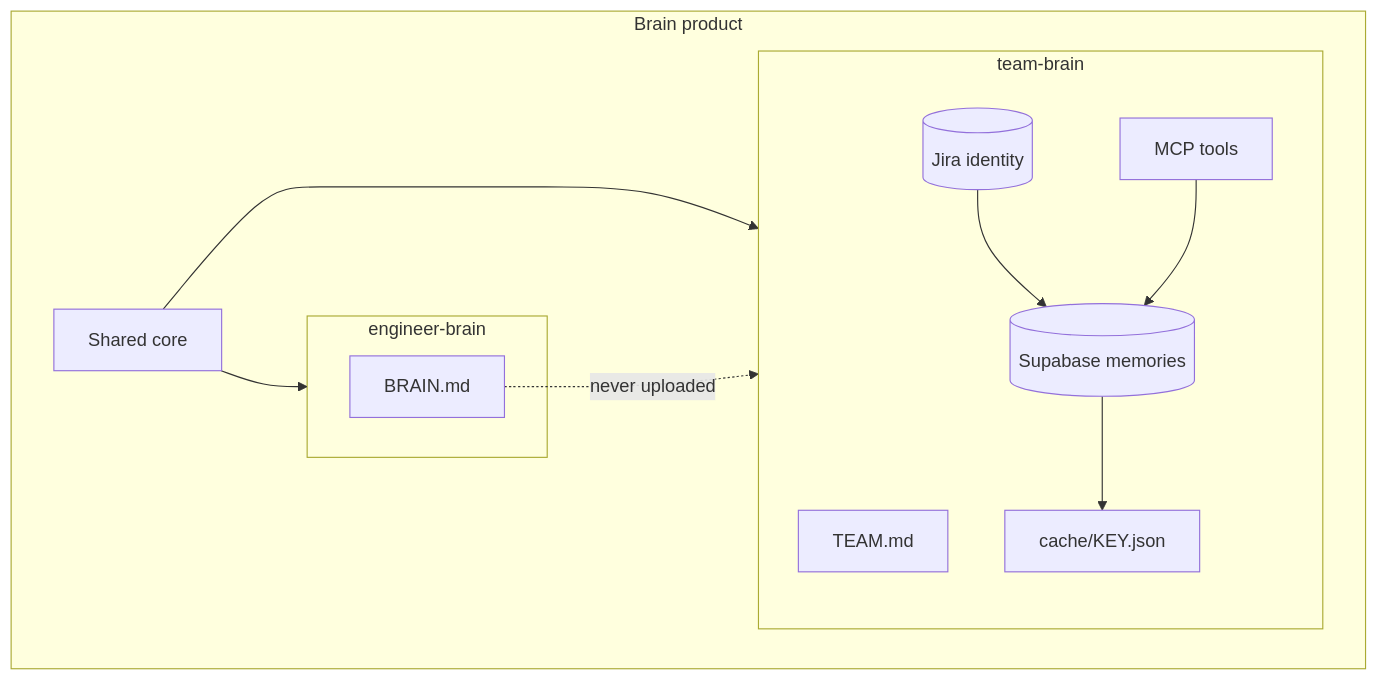
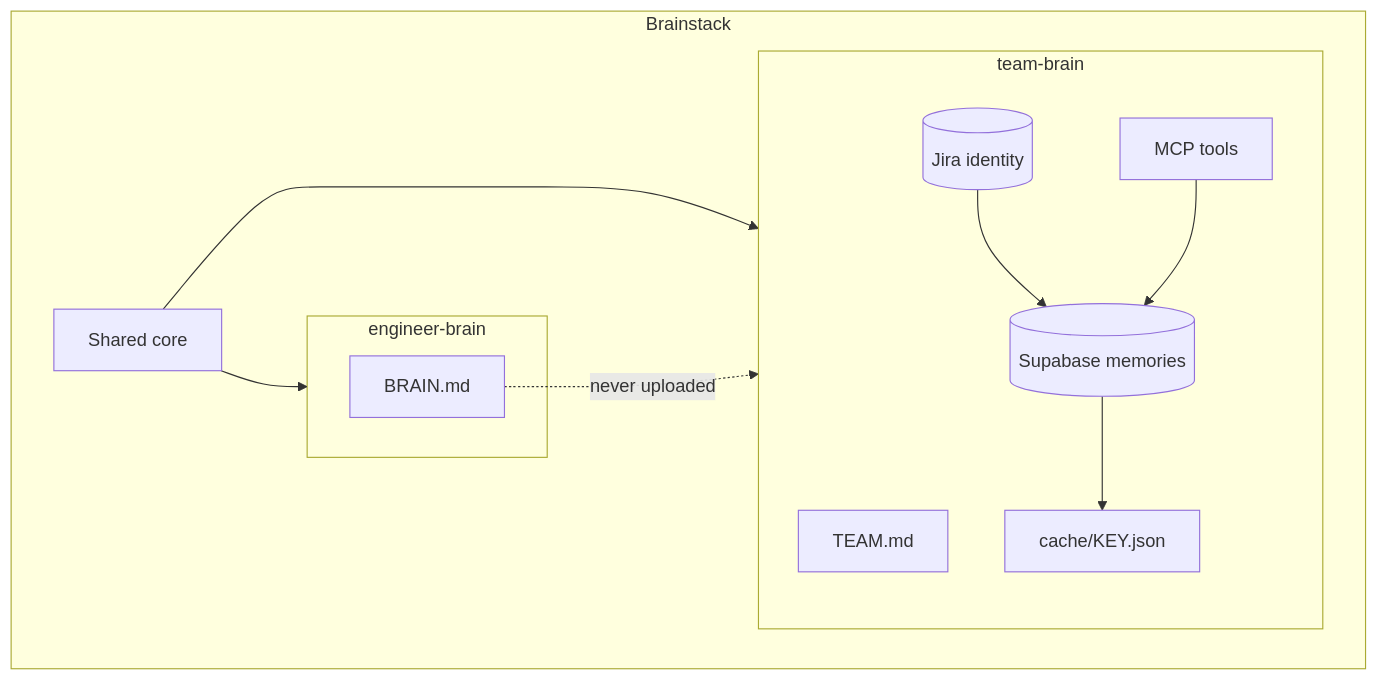
The diagram in docs/scopes.md (Hrithik-Gavankar/brainstack), drawn with Mermaid before and after one commit. The commit also changed other lines of this file and 27 other files, not shown here.

Commit message:
chore: rename product to Brainstack for v1.0 release

````diff
--- a/docs/scopes.md
+++ b/docs/scopes.md
@@ -10,22 +10,22 @@
 ```mermaid
 flowchart TB
-  subgraph Product["Brain product"]
+  subgraph Product["Brainstack"]
     CORE[Shared core]
     subgraph Eng["engineer-brain"]
       PB[BRAIN.md]
     end
     subgraph Team["team-brain"]
       TB[TEAM.md]
       CACHE["cache/KEY.json"]
       SB[(Supabase memories)]
       J[(Jira identity)]
       MCP[MCP tools]
     end
   end
   CORE --> Eng
   CORE --> Team
   PB -.->|never uploaded| Team
   J --> SB
   SB --> CACHE
   MCP --> SB
 ```
````
